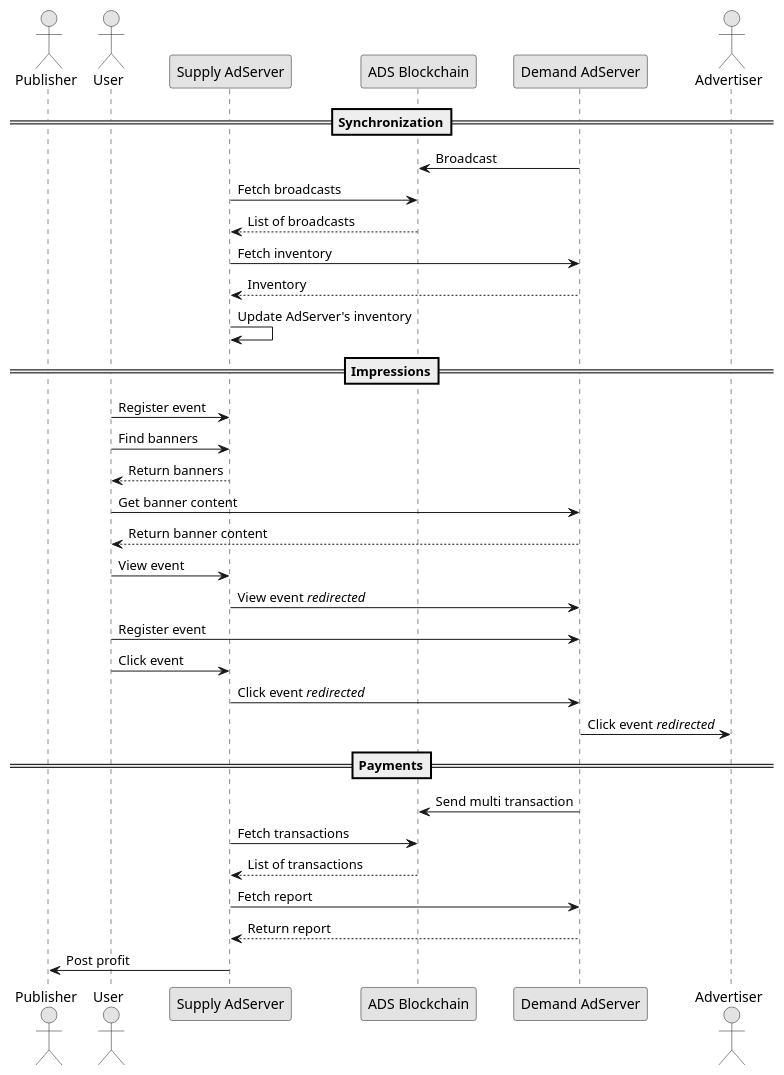
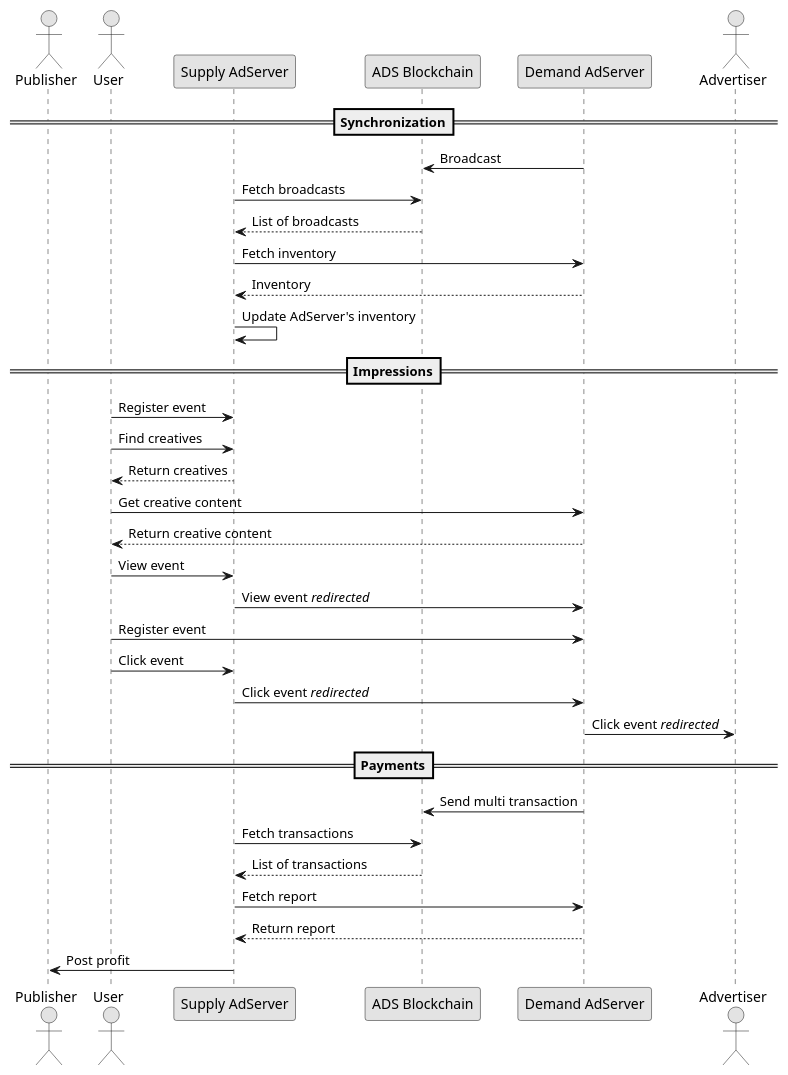
The diagram in protocol/index.rst (adshares/adshares-docs), drawn with PlantUML before and after one commit. The commit also changed 4 other files, not shown here.

```diff
--- a/protocol/index.rst
+++ b/protocol/index.rst
@@ -10,47 +10,47 @@
 .. uml::
     :align: center
 
     skinparam monochrome true
 
     actor       "Publisher"         as publisher
     actor       "User"              as user
     participant "Supply AdServer"   as supplyServer
     participant "ADS Blockchain"    as blockchain
     participant "Demand AdServer"   as demandServer
     actor       "Advertiser"        as advertiser
 
     ==Synchronization==
 
     demandServer -> blockchain: Broadcast
     supplyServer -> blockchain: Fetch broadcasts
     blockchain --> supplyServer: List of broadcasts
     supplyServer -> demandServer : Fetch inventory
     demandServer --> supplyServer: Inventory
     supplyServer -> supplyServer: Update AdServer's inventory
 
     ==Impressions==
 
     user -> supplyServer : Register event
 
-    user -> supplyServer : Find banners
-    supplyServer --> user : Return banners
+    user -> supplyServer : Find creatives
+    supplyServer --> user : Return creatives
 
-    user -> demandServer : Get banner content
-    demandServer --> user : Return banner content
+    user -> demandServer : Get creative content
+    demandServer --> user : Return creative content
 
     user -> supplyServer: View event
     supplyServer -> demandServer: View event //redirected//
     user -> demandServer : Register event
 
     user -> supplyServer : Click event
     supplyServer -> demandServer : Click event //redirected//
     demandServer -> advertiser : Click event //redirected//
 
     ==Payments==
 
     demandServer -> blockchain: Send multi transaction
     supplyServer -> blockchain: Fetch transactions
     blockchain --> supplyServer: List of transactions
     supplyServer -> demandServer: Fetch report
     demandServer --> supplyServer: Return report
     supplyServer -> publisher: Post profit
```
